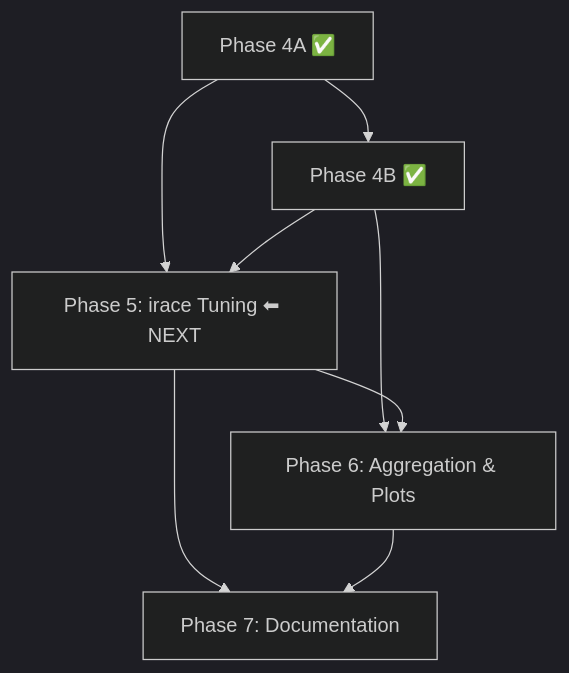
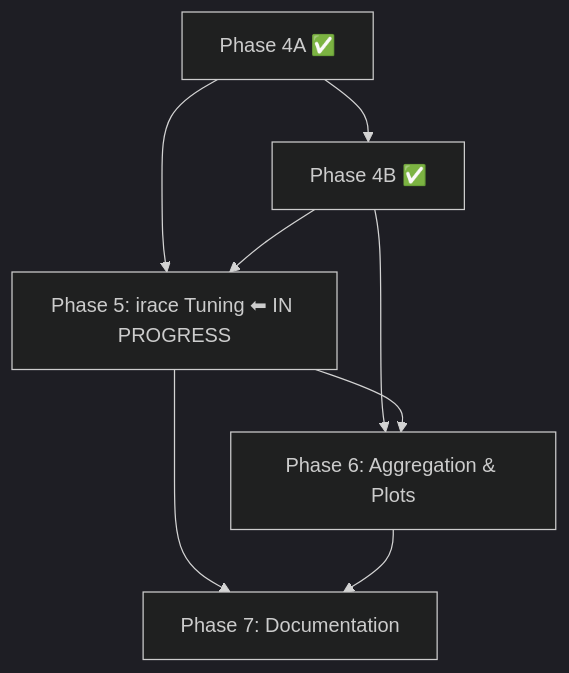
One commit to luishpmendes/mopop changed the diagram in docs/implementation_plan.md. Above: the diagram before and after it, drawn with Mermaid (dark theme). The commit also changed other lines of this file and 6 other files, not shown here.

````diff
--- a/docs/implementation_plan.md
+++ b/docs/implementation_plan.md
@@ -490,10 +579,10 @@
 ```mermaid
 graph TD
     P4A["Phase 4A ✅"] --> P4B["Phase 4B ✅"]
-    P4A --> P5["Phase 5: irace Tuning ⬅ NEXT"]
+    P4A --> P5["Phase 5: irace Tuning ⬅ IN PROGRESS"]
     P4B --> P5
     P4B --> P6["Phase 6: Aggregation & Plots"]
     P5 --> P6
     P5 --> P7["Phase 7: Documentation"]
     P6 --> P7
 ```
````
